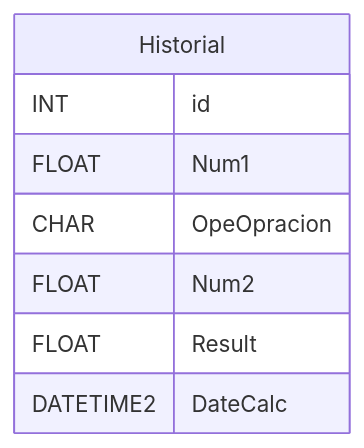
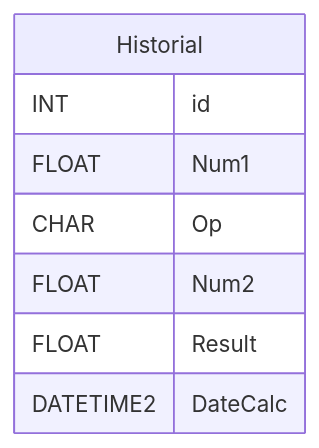
Before and after one commit to Ju3juan/calculadora-cs: the first of 4 diagrams in README.md, drawn with Mermaid.

````diff
--- a/README.md
+++ b/README.md
@@ -31,12 +31,12 @@
 ```mermaid
 erDiagram
     Historial {
         INT id
         FLOAT Num1
-        CHAR OpeOpracion
+        CHAR Op
         FLOAT Num2
         FLOAT Result
         DATETIME2 DateCalc
     }
 
 ```
````
